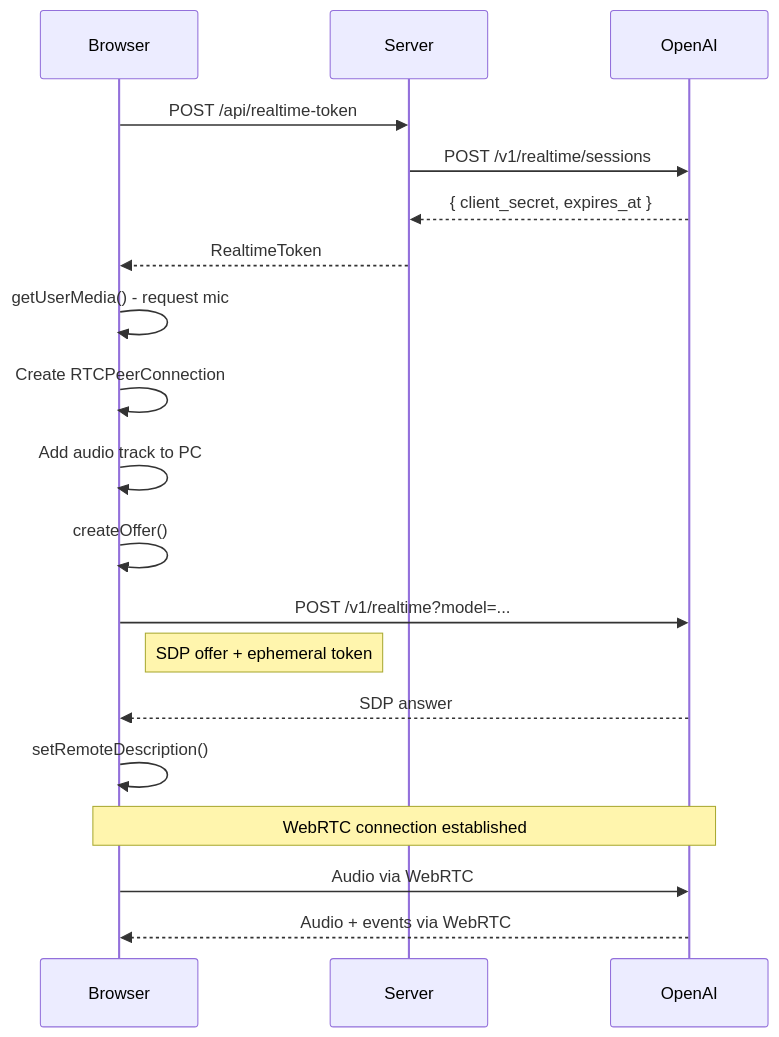
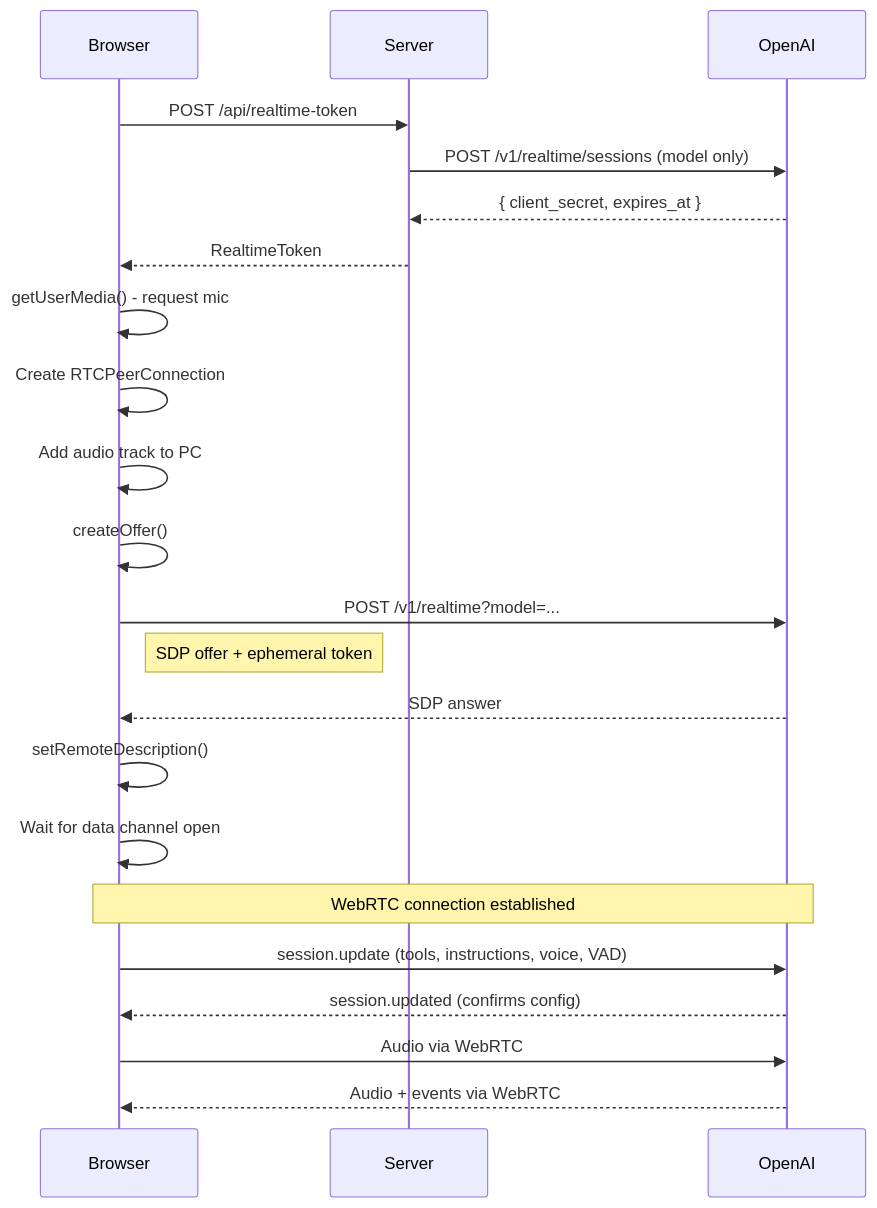
One commit to TanStack/ai changed the first of 3 diagrams in docs/architecture/realtime-chat.md. Above: the diagram before and after it, drawn with Mermaid. The commit also changed other lines of this file and 10 other files, not shown here.

````diff
--- a/docs/architecture/realtime-chat.md
+++ b/docs/architecture/realtime-chat.md
@@ -165,26 +170,30 @@
 ```mermaid
 sequenceDiagram
     participant Browser
     participant Server
     participant OpenAI
 
     Browser->>Server: POST /api/realtime-token
-    Server->>OpenAI: POST /v1/realtime/sessions
+    Server->>OpenAI: POST /v1/realtime/sessions (model only)
     OpenAI-->>Server: { client_secret, expires_at }
     Server-->>Browser: RealtimeToken
 
     Browser->>Browser: getUserMedia() - request mic
     Browser->>Browser: Create RTCPeerConnection
     Browser->>Browser: Add audio track to PC
     Browser->>Browser: createOffer()
 
     Browser->>OpenAI: POST /v1/realtime?model=...
     Note right of Browser: SDP offer + ephemeral token
     OpenAI-->>Browser: SDP answer
 
     Browser->>Browser: setRemoteDescription()
+    Browser->>Browser: Wait for data channel open
     Note over Browser,OpenAI: WebRTC connection established
+
+    Browser->>OpenAI: session.update (tools, instructions, voice, VAD)
+    OpenAI-->>Browser: session.updated (confirms config)
 
     Browser->>OpenAI: Audio via WebRTC
     OpenAI-->>Browser: Audio + events via WebRTC
 ```
````
